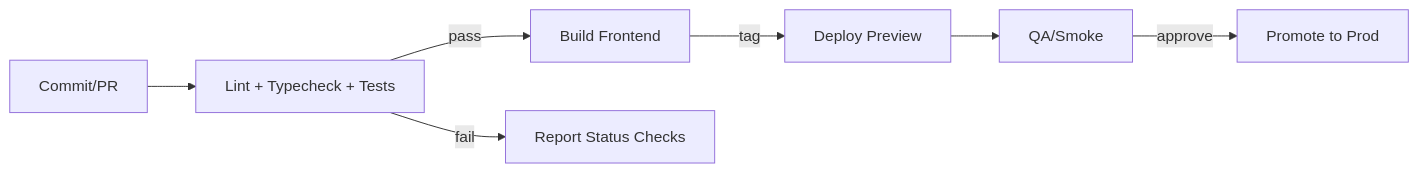
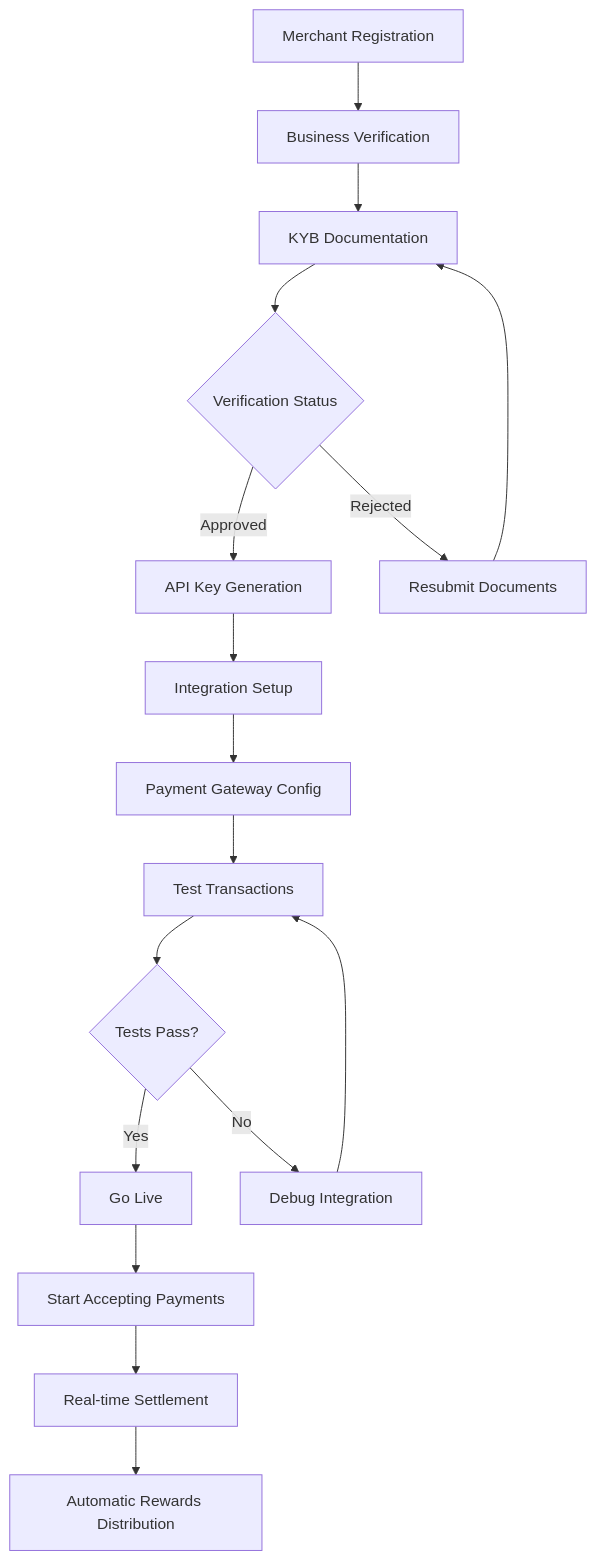
One commit to Aaditya1273/SolanaPay changed diagram 11 of 15 in README.md. Above: the diagram before and after it, drawn with Mermaid. The commit also changed other lines of this file and 339 other files, not shown here.

````diff
--- a/README.md
+++ b/README.md
@@ -430,9 +478,20 @@
 ```mermaid
-flowchart LR
-    A[Commit/PR] --> B[Lint + Typecheck + Tests]
-    B -->|pass| C[Build Frontend]
-    C -->|tag| D[Deploy Preview]
-    D --> E[QA/Smoke]
-    E -->|approve| F[Promote to Prod]
-    B -->|fail| G[Report Status Checks]
+flowchart TD
+    A[Merchant Registration] --> B[Business Verification]
+    B --> C[KYB Documentation]
+    C --> D{Verification Status}
+    D -->|Approved| E[API Key Generation]
+    D -->|Rejected| F[Resubmit Documents]
+    F --> C
+    
+    E --> G[Integration Setup]
+    G --> H[Payment Gateway Config]
+    H --> I[Test Transactions]
+    I --> J{Tests Pass?}
+    J -->|Yes| K[Go Live]
+    J -->|No| L[Debug Integration] --> I
+    
+    K --> M[Start Accepting Payments]
+    M --> N[Real-time Settlement]
+    N --> O[Automatic Rewards Distribution]
 ```
````
